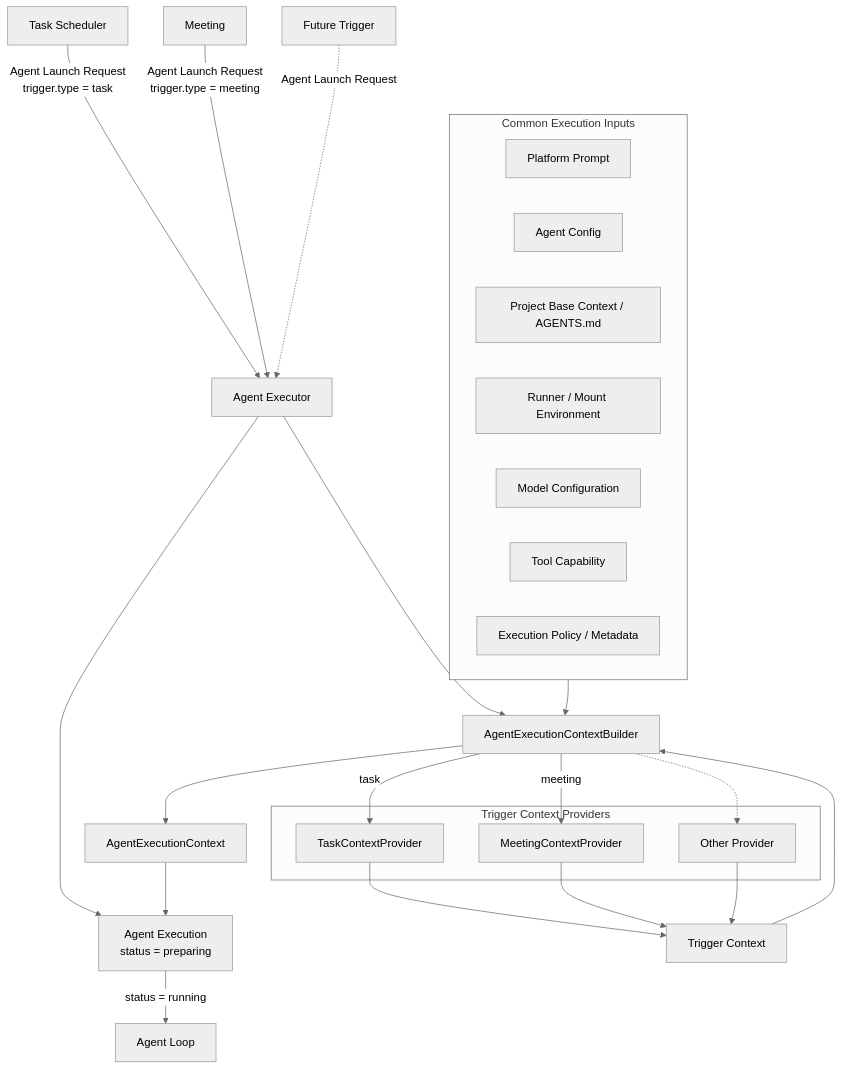
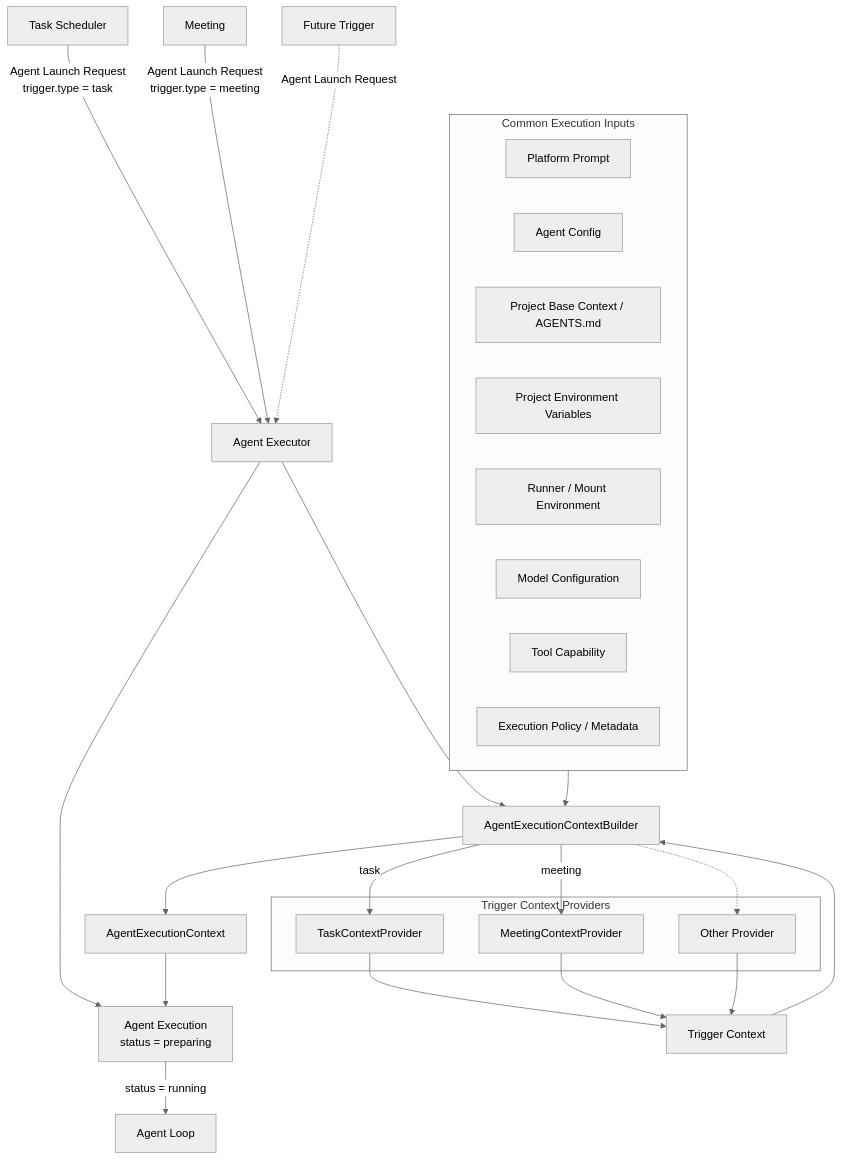
Before and after one commit to LunaDeerTech/agenteam: the second of 2 diagrams in docs/architecture/agent-executor.md, drawn with Mermaid (neutral theme). The commit also changed other lines of this file and 17 other files, not shown here.

Commit message:
docs: refine architecture and governance design

````diff
--- a/docs/architecture/agent-executor.md
+++ b/docs/architecture/agent-executor.md
@@ -174,39 +174,40 @@
 ```mermaid
 flowchart TB
     Task["Task Scheduler"] -->|"Agent Launch Request<br/>trigger.type = task"| Executor["Agent Executor"]
     Meeting["Meeting"] -->|"Agent Launch Request<br/>trigger.type = meeting"| Executor
     Future["Future Trigger"] -.->|"Agent Launch Request"| Executor
 
     Executor --> Execution["Agent Execution<br/>status = preparing"]
     Executor --> Builder["AgentExecutionContextBuilder"]
 
     subgraph Common["Common Execution Inputs"]
         DefaultPrompt["Platform Prompt"]
         AgentConfig["Agent Config"]
         Project["Project Base Context / AGENTS.md"]
+        ProjectEnv["Project Environment Variables"]
         Environment["Runner / Mount Environment"]
         Model["Model Configuration"]
         Tools["Tool Capability"]
         Policy["Execution Policy / Metadata"]
     end
 
     subgraph Providers["Trigger Context Providers"]
         TaskProvider["TaskContextProvider"]
         MeetingProvider["MeetingContextProvider"]
         OtherProvider["Other Provider"]
     end
 
     Common --> Builder
     Builder -->|"task"| TaskProvider
     Builder -->|"meeting"| MeetingProvider
     Builder -.-> OtherProvider
 
     TaskProvider --> TriggerContext["Trigger Context"]
     MeetingProvider --> TriggerContext
     OtherProvider --> TriggerContext
     TriggerContext --> Builder
 
     Builder --> Context["AgentExecutionContext"]
     Context --> Execution
     Execution -->|"status = running"| Loop["Agent Loop"]
 ```
````
